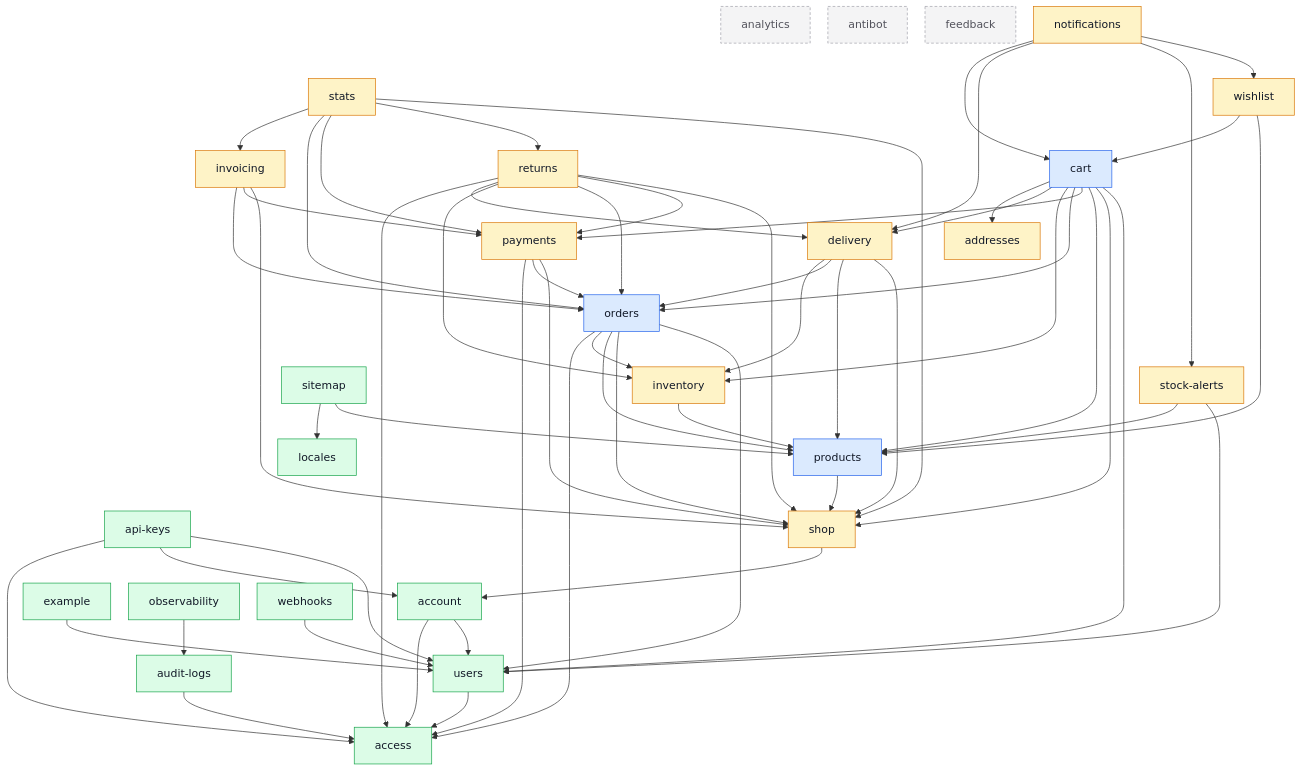
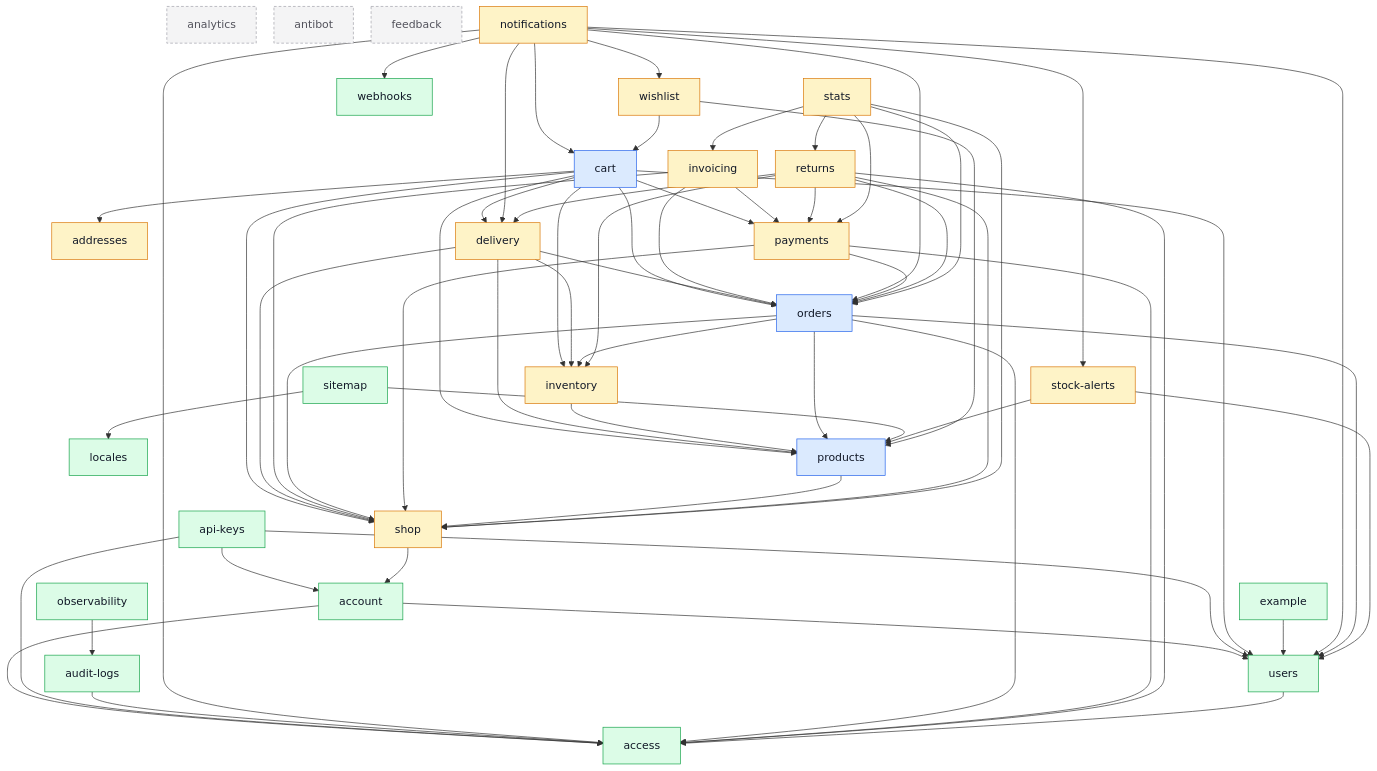
The diagram in docs/modules/index.md (Guebbit/boilerplate-node-backend), drawn with Mermaid before and after one commit. The commit also changed other lines of this file and 60 other files, not shown here.

```diff
--- a/docs/modules/index.md
+++ b/docs/modules/index.md
@@ -91,9 +91,13 @@
     invoicing --> orders
     invoicing --> payments
     invoicing --> shop
+    notifications --> access
     notifications --> cart
     notifications --> delivery
+    notifications --> orders
     notifications --> stock_alerts
+    notifications --> users
+    notifications --> webhooks
     notifications --> wishlist
     observability --> audit_logs
     orders --> access
@@ -122,7 +126,6 @@
     stock_alerts --> products
     stock_alerts --> users
     users --> access
-    webhooks --> users
     wishlist --> cart
     wishlist --> products
 
```
